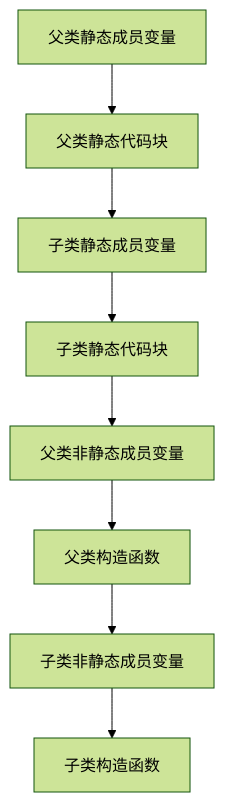
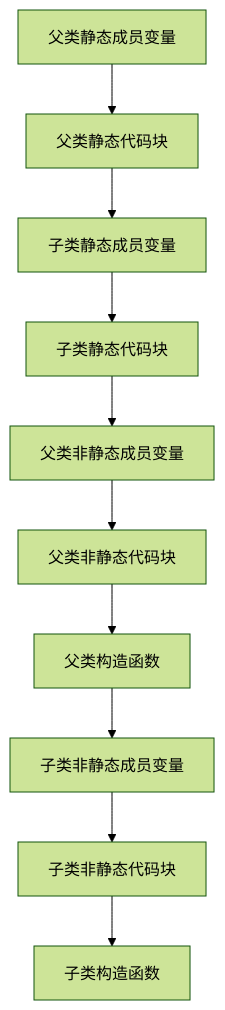
Before and after one commit to earthstrider/earthstrider.github.io: the second of 2 diagrams in _posts/2019-08-22-面试题.md, drawn with Mermaid (forest theme). The commit also changed other lines of this file and 2 other files, not shown here.

````diff
--- a/_posts/2019-08-22-面试题.md
+++ b/_posts/2019-08-22-面试题.md
@@ -171,17 +171,20 @@
 ```mermaid
 graph TB
 父类静态成员变量-->父类静态代码块
 
 父类静态代码块-->子类静态成员变量
 
 子类静态成员变量-->子类静态代码块
 
 子类静态代码块-->父类非静态成员变量
 
-父类非静态成员变量-->父类构造函数 
+父类非静态成员变量-->父类非静态代码块
+
+父类非静态代码块-->父类构造函数 
 
 父类构造函数-->子类非静态成员变量
 
-子类非静态成员变量-->子类构造函数
+子类非静态成员变量-->子类非静态代码块
 
+子类非静态代码块-->子类构造函数
 ```
````
